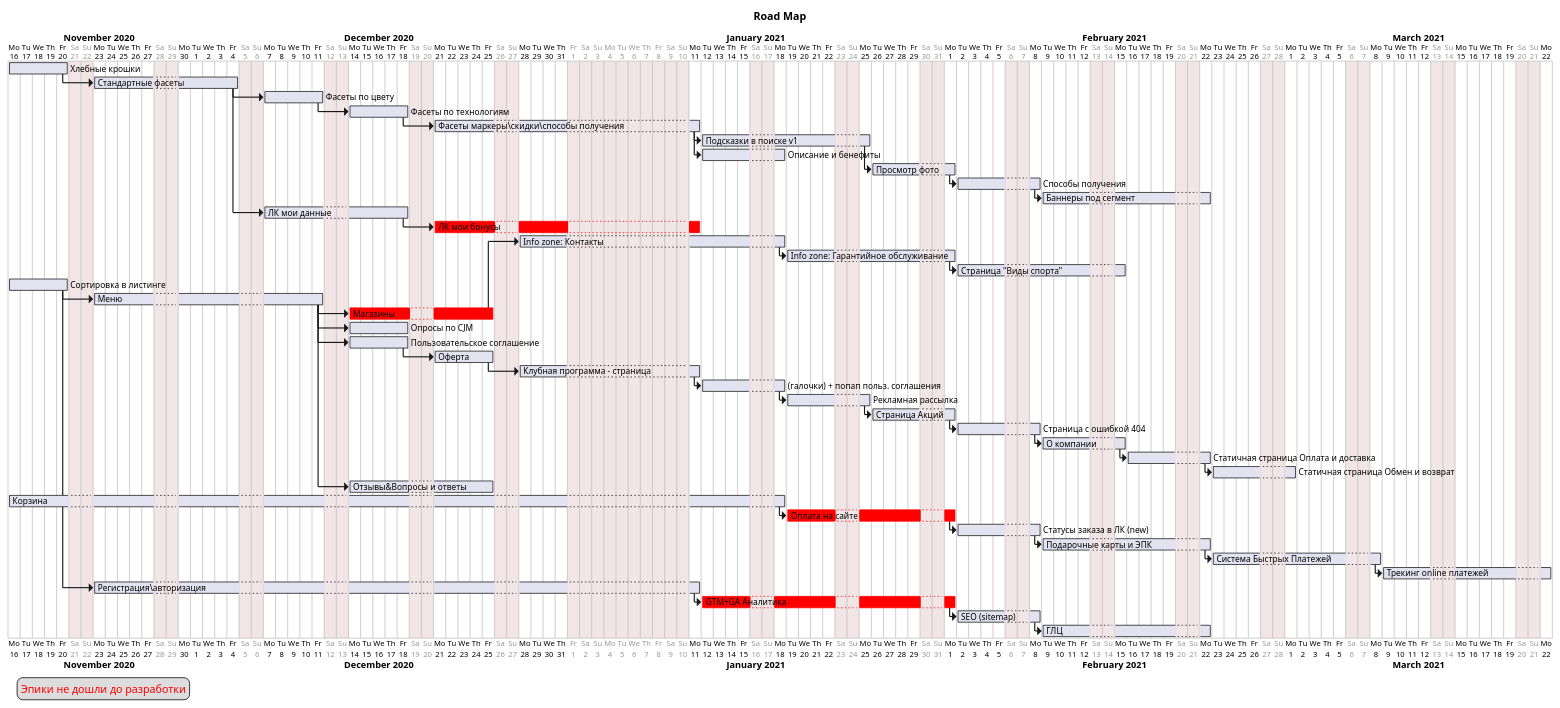
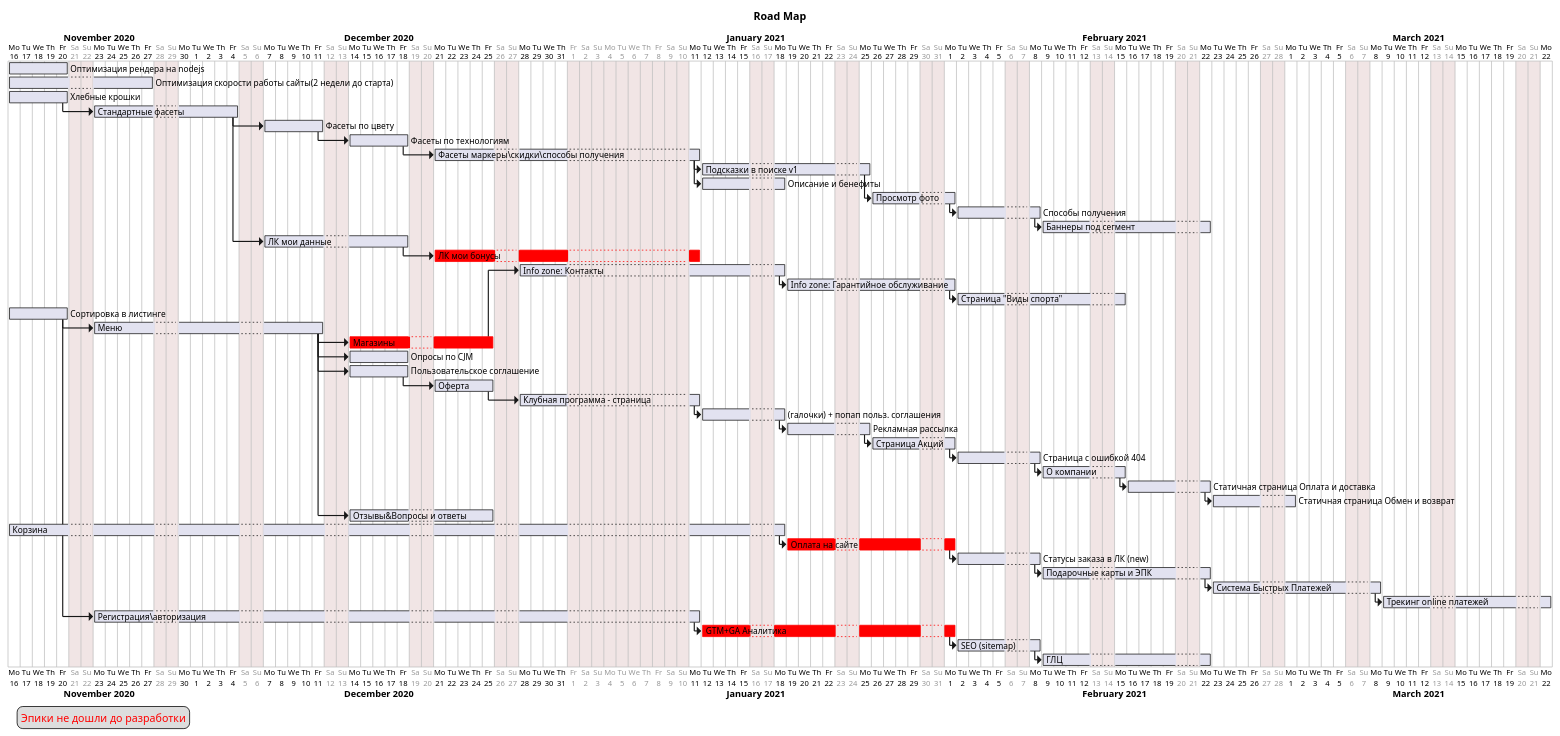
One commit to ViKt0R-K/plantuml changed the diagram in roadMap.puml. Above: the diagram before and after it, drawn with PlantUML.

Commit message:
update roadmap

```diff
--- a/roadMap.puml
+++ b/roadMap.puml
@@ -1,114 +1,117 @@
 @startgantt
 
 title Road Map
 
 project starts the 2020/11/16
 saturday are closed
 sunday are closed
 '2020/12/09 is closed
 2021/01/01 to 2021/01/10 is closed
+
+[Оптимизация рендера на nodejs] as [front_node] lasts 1 week
+[Оптимизация скорости работы сайты(2 недели до старта)] as [front_speed] lasts 2 week
 
 [Хлебные крошки] as [categoryBranch] lasts 1 week
 [Стандартные фасеты] as [fasets] lasts 2 week
 [Фасеты по цвету] as [fasetsC] lasts 1 week
 [Фасеты по технологиям] as [fasetsT] lasts 1 week
 [Фасеты маркеры\скидки\способы получения] as [fasetsH] lasts 2 week
 [Подсказки в поиске v1] as [search] lasts 2 week
 [Описание и бенефиты] as [benifits] lasts 1 week
 [Просмотр фото] as [photo] lasts 1 week
 [Способы получения] as [shipment] lasts 1 week
 [Баннеры​ под сегмент] as [banners] lasts 2 week
 
 [ЛК мои данные] as [userHome] lasts 2 week
 [ЛК мои бонусы] as [userBonus] lasts 2 week
 '[ЛК: Мои заказы - изменение заказа] as [order] lasts 2 week
 
 [Info zone: Контакты] as [Info_zone_K] lasts 2 week
 [Info zone: Гарантийное обслуживание​] as [Info_zone_G] lasts 2 week
 [Страница "Виды спорта"] as [sports] lasts 2 week
 
 [Сортировка в листинге] as [sort] lasts 1 week
 [Меню] as [menu] lasts 3 week
 [Магазины] as [store] lasts 2 week
 [Опросы по CJM] as [cjm] lasts 1 week
 [Пользовательское соглашение] as [privacy] lasts 1 week
 [Оферта] as [oferta] lasts 1 week
 [Клубная программа - страница] as [club] lasts 1 week
 [(галочки) + попап польз. соглашения] as [privacyPopUp] lasts 1 week
 [Рекламная рассылка] as [promo] lasts 1 week
 [Страница Акций] as [action] lasts 1 week
 [Страница с ошибкой 404] as [404] lasts 1 week
 [О компании] as [about] lasts 1 week
 [Статичная страница Оплата и доставка] as [st_bay_delyvery] lasts 1 week
 [Статичная страница Обмен и возврат] as [st_change_back] lasts 1 week
 
 [Отзывы&Вопросы и ответы] as [ot_kt] lasts 2 week
 
 [Корзина] as [cart] lasts 8 week
 [Оплата на сайте] as [checkout] lasts 2 week
 [Статусы заказа в ЛК (new)​] as [lk_order_stat] lasts 1 week
 [Подарочные карты и ЭПК​] as [epk] lasts 2 week
 [Система Быстрых Платежей​] as [fast_plat] lasts 2 week
 [Трекинг online платежей​] as [plat_trek] lasts 2 week
 
 
 [Регистрация\авторизация] as [auth] lasts 6 week
 [GTM+GA Аналитика] as [gtmGa] lasts 3 week
 [SEO (sitemap)] as [seo] lasts 1 week
 [ГЛЦ] as [glc] lasts 2 week
 
 [store] is colored in red
 [userBonus] is colored in red
 [gtmGa] is colored in red
 [checkout] is colored in red
 
 [categoryBranch]->[fasets]
 [fasets]->[fasetsC]
 [fasetsC]->[fasetsT]
 [fasetsT]->[fasetsH]
 [fasetsH]->[search]
 [fasetsH]->[benifits]
 [search]->[photo]
 [photo]->[shipment]
 [shipment]->[banners]
 
 [fasets]->[userHome]
 [userHome]->[userBonus]
 
 
 [sort]->[menu]
 [menu]->[store]
 [store]->[Info_zone_K]
 [Info_zone_K]->[Info_zone_G]
 [Info_zone_G]->[sports]
 
 [menu]->[cjm]
 [menu]->[privacy]
 [privacy]->[oferta]
 [oferta]->[club]
 [club]->[privacyPopUp]
 [privacyPopUp]-> [promo]
 [promo]-> [action]
 [action]-> [404]
 [404]-> [about]
 [about]->[st_bay_delyvery]
 [st_bay_delyvery]->[st_change_back]
 
 [menu]->[ot_kt]
 
 [cart]->[checkout]
 [checkout]->[lk_order_stat]
 [lk_order_stat]->[epk]
 [epk]->[fast_plat]
 [fast_plat]->[plat_trek]
 
 [sort]->[auth]
 [auth]->[gtmGa]
 [gtmGa]->[seo]
 [seo]->[glc]
 
 legend left
 <font color=red>Эпики не дошли до разработки</font>
 endlegend
 
 @endgantt
```
